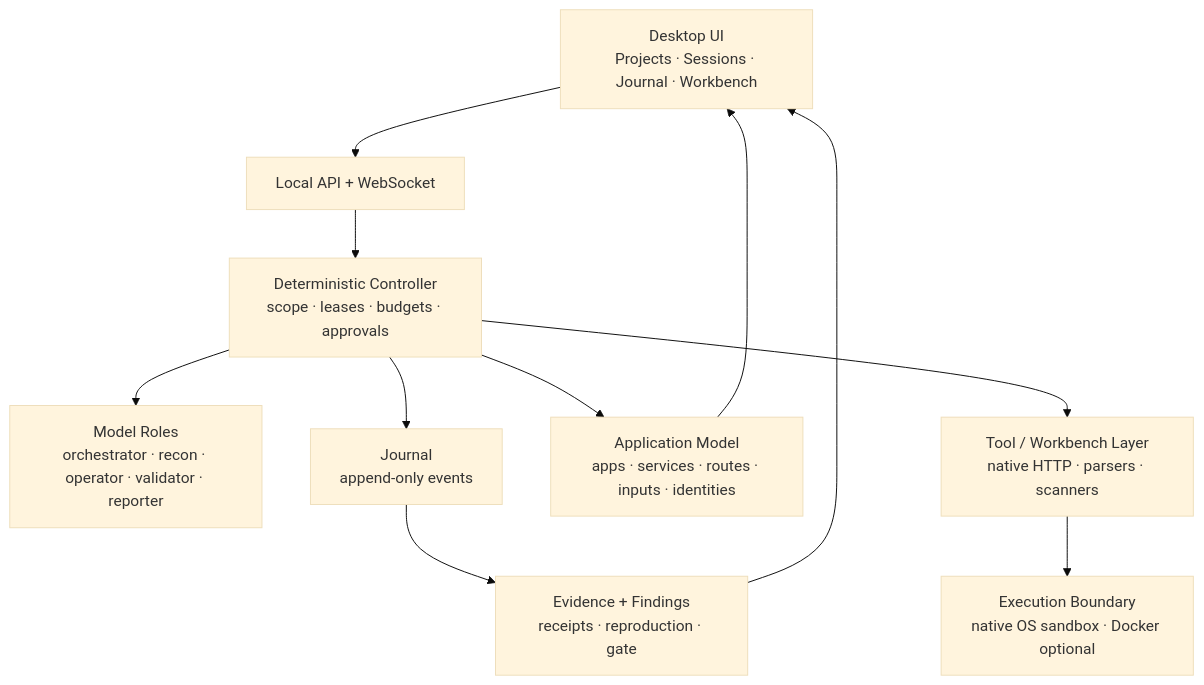
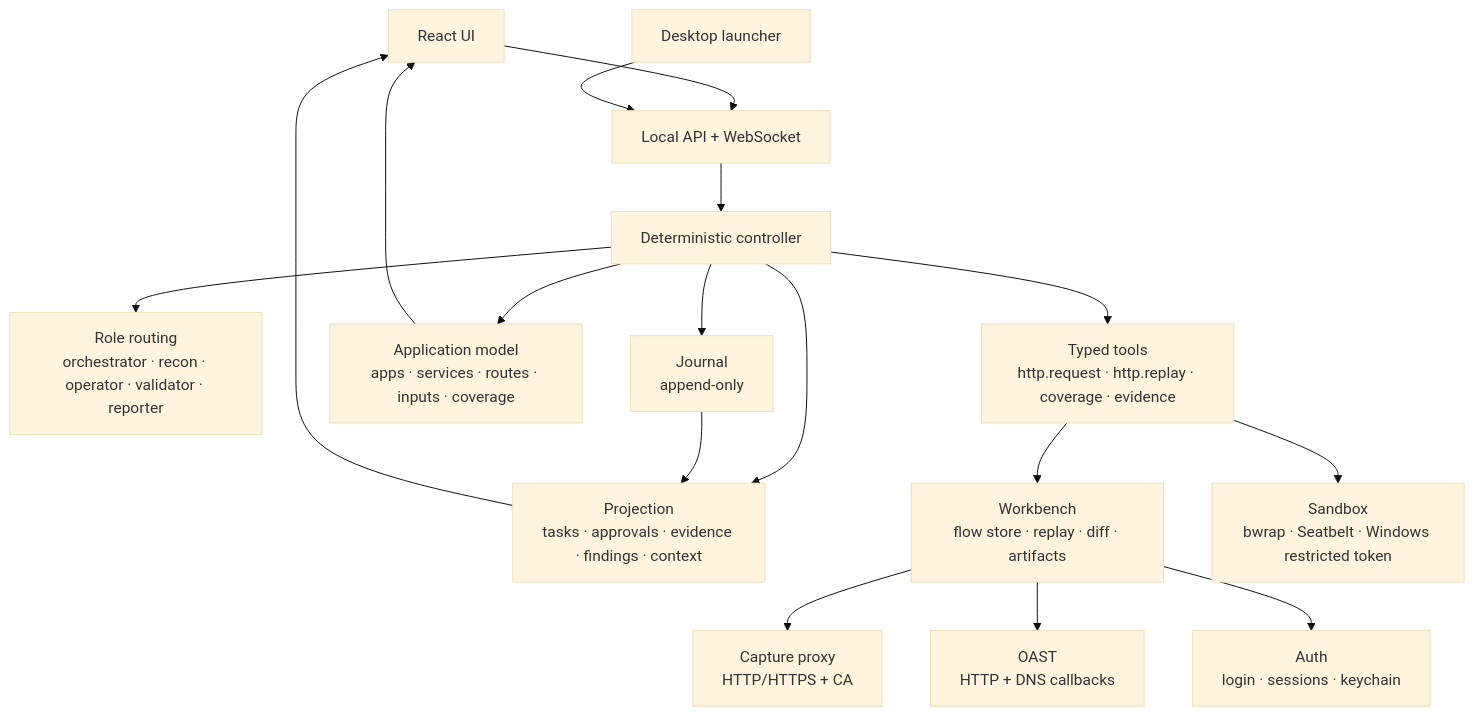
One commit to R1zoro/ChainsawRecon changed the diagram in README.md. Above: the diagram before and after it, drawn with Mermaid (base theme). The commit also changed other lines of this file and 71 other files, not shown here.

Commit message:
sandbox restricted token+capture proxy in websocket relay

````diff
--- a/README.md
+++ b/README.md
@@ -110,13 +327,19 @@
 ```mermaid
 flowchart TD
-    UI["Desktop UI<br/>Projects · Sessions · Journal · Workbench"] --> API["Local API + WebSocket"]
-    API --> CTRL["Deterministic Controller<br/>scope · leases · budgets · approvals"]
-    CTRL --> ROLES["Model Roles<br/>orchestrator · recon · operator · validator · reporter"]
-    CTRL --> JOURNAL["Journal<br/>append-only events"]
-    CTRL --> APP["Application Model<br/>apps · services · routes · inputs · identities"]
-    CTRL --> TOOLS["Tool / Workbench Layer<br/>native HTTP · parsers · scanners"]
-    TOOLS --> SANDBOX["Execution Boundary<br/>native OS sandbox · Docker optional"]
-    JOURNAL --> EVIDENCE["Evidence + Findings<br/>receipts · reproduction · gate"]
+    UI["React UI"] --> API["Local API + WebSocket"]
+    DESK["Desktop launcher"] --> API
+    API --> CTRL["Deterministic controller"]
+    CTRL --> ROLES["Role routing<br/>orchestrator · recon · operator · validator · reporter"]
+    CTRL --> JOURNAL["Journal<br/>append-only"]
+    CTRL --> PROJECTION["Projection<br/>tasks · approvals · evidence · findings · context"]
+    CTRL --> APP["Application model<br/>apps · services · routes · inputs · coverage"]
+    CTRL --> TOOLS["Typed tools<br/>http.request · http.replay · coverage · evidence"]
+    TOOLS --> WORKBENCH["Workbench<br/>flow store · replay · diff · artifacts"]
+    TOOLS --> SANDBOX["Sandbox<br/>bwrap · Seatbelt · Windows restricted token"]
+    WORKBENCH --> PROXY["Capture proxy<br/>HTTP/HTTPS + CA"]
+    WORKBENCH --> OAST["OAST<br/>HTTP + DNS callbacks"]
+    WORKBENCH --> AUTH["Auth<br/>login · sessions · keychain"]
+    JOURNAL --> PROJECTION
+    PROJECTION --> UI
     APP --> UI
-    EVIDENCE --> UI
 ```
````
